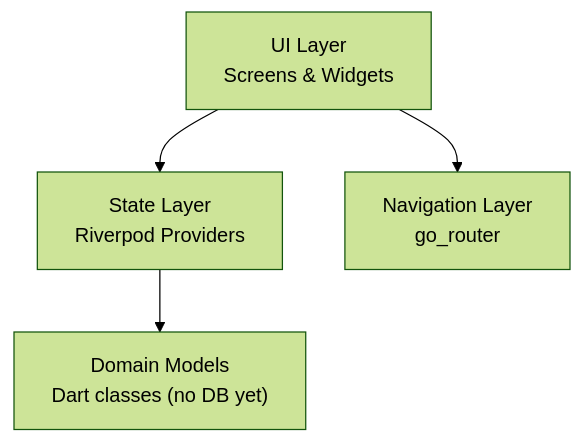
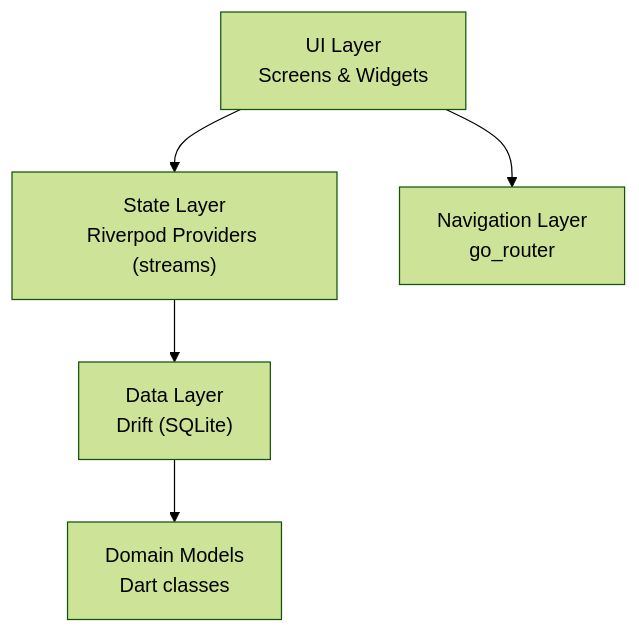
The diagram in context/architecture.md (lucas-montes/fitfat), drawn with Mermaid (forest theme) before and after one commit. The commit also changed other lines of this file and 25 other files, not shown here.

````diff
--- a/context/architecture.md
+++ b/context/architecture.md
@@ -5,11 +5,13 @@
 ```mermaid
 flowchart TD
     UI["UI Layer<br/>Screens & Widgets"]
-    State["State Layer<br/>Riverpod Providers"]
-    Models["Domain Models<br/>Dart classes (no DB yet)"]
+    State["State Layer<br/>Riverpod Providers (streams)"]
+    DB["Data Layer<br/>Drift (SQLite)"]
+    Models["Domain Models<br/>Dart classes"]
     Router["Navigation Layer<br/>go_router"]
 
     UI --> State
-    State --> Models
+    State --> DB
+    DB --> Models
     UI --> Router
 ```
````
